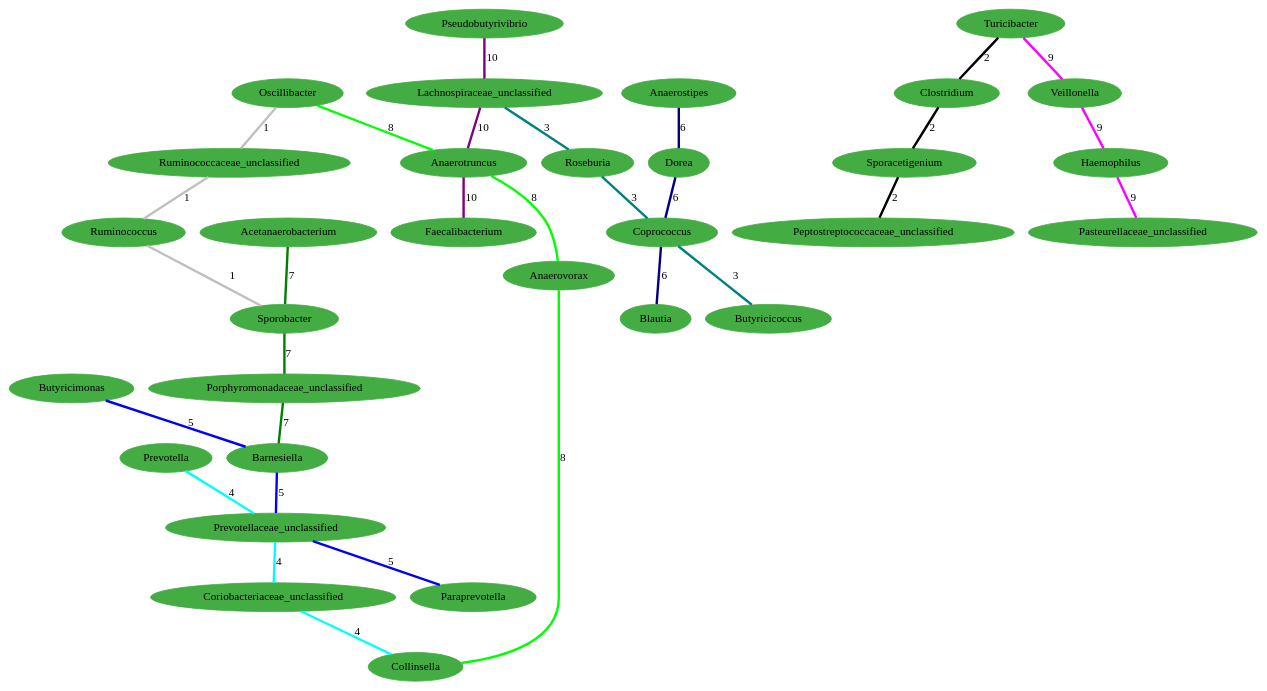
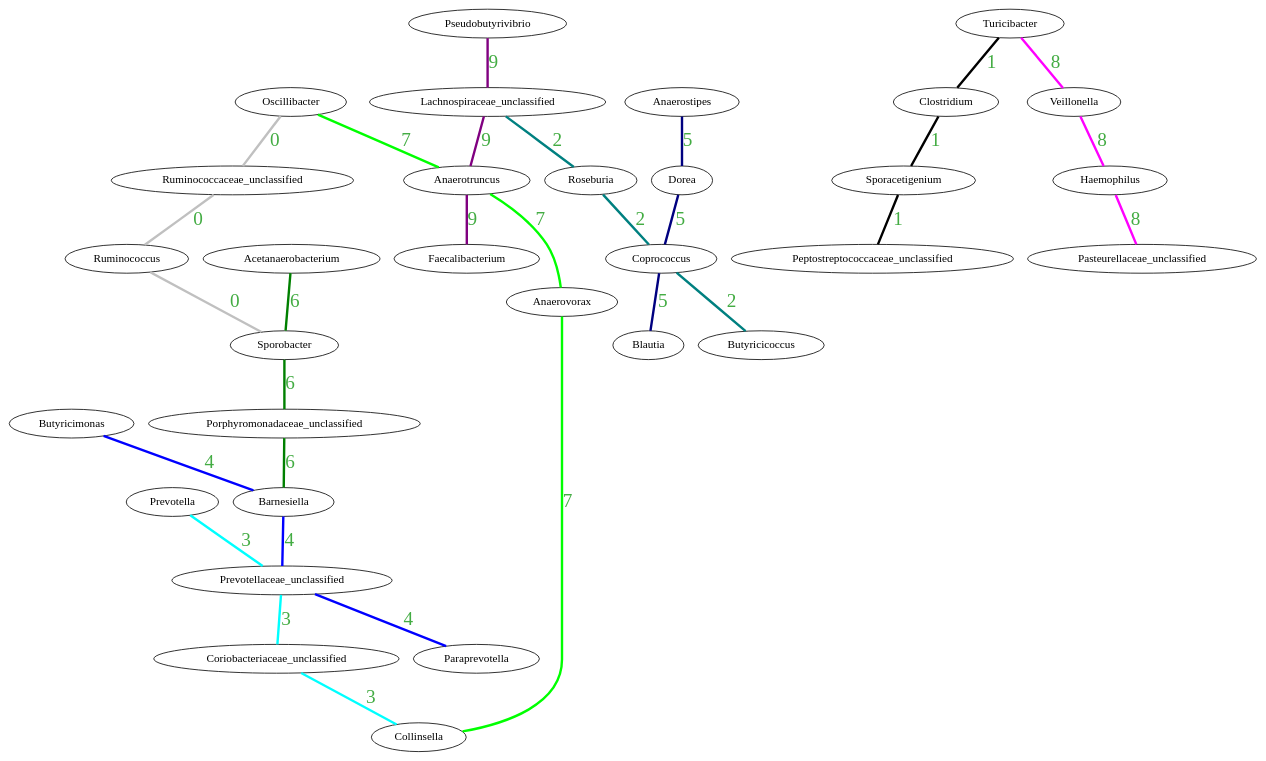
One commit to AndersHqst/thesis changed the diagram in experiments/2a/summary.dot. Above: the diagram before and after it, drawn with Graphviz. The commit also changed 9 other files, not shown here.

```diff
--- a/experiments/2a/summary.dot
+++ b/experiments/2a/summary.dot
@@ -1,72 +1,82 @@
 graph G { 
 
-//Pattern: 0
-Oscillibacter [color="#43AC43", style=filled]
-Ruminococcaceae_unclassified [color="#43AC43", style=filled]
-Ruminococcus [color="#43AC43", style=filled]
-Sporobacter [color="#43AC43", style=filled]
-edge [color="#c0c0c0", penwidth=3, label="1"]
-Oscillibacter -- Ruminococcaceae_unclassified -- Ruminococcus -- Sporobacter
-//Pattern: 1
-Turicibacter [color="#43AC43", style=filled]
-Clostridium [color="#43AC43", style=filled]
-Sporacetigenium [color="#43AC43", style=filled]
-Peptostreptococcaceae_unclassified [color="#43AC43", style=filled]
-edge [color="#000000", penwidth=3, label="2"]
-Turicibacter -- Clostridium -- Sporacetigenium -- Peptostreptococcaceae_unclassified
-//Pattern: 2
-Lachnospiraceae_unclassified [color="#43AC43", style=filled]
-Roseburia [color="#43AC43", style=filled]
-Coprococcus [color="#43AC43", style=filled]
-Butyricicoccus [color="#43AC43", style=filled]
-edge [color="#008080", penwidth=3, label="3"]
-Lachnospiraceae_unclassified -- Roseburia -- Coprococcus -- Butyricicoccus
-//Pattern: 3
-Prevotella [color="#43AC43", style=filled]
-Prevotellaceae_unclassified [color="#43AC43", style=filled]
-Coriobacteriaceae_unclassified [color="#43AC43", style=filled]
-Collinsella [color="#43AC43", style=filled]
-edge [color="#00ffff", penwidth=3, label="4"]
-Prevotella -- Prevotellaceae_unclassified -- Coriobacteriaceae_unclassified -- Collinsella
-//Pattern: 4
-Butyricimonas [color="#43AC43", style=filled]
-Barnesiella [color="#43AC43", style=filled]
-Prevotellaceae_unclassified [color="#43AC43", style=filled]
-Paraprevotella [color="#43AC43", style=filled]
-edge [color="#0000ff", penwidth=3, label="5"]
-Butyricimonas -- Barnesiella -- Prevotellaceae_unclassified -- Paraprevotella
-//Pattern: 5
-Anaerostipes [color="#43AC43", style=filled]
-Dorea [color="#43AC43", style=filled]
-Coprococcus [color="#43AC43", style=filled]
-Blautia [color="#43AC43", style=filled]
-edge [color="#000080", penwidth=3, label="6"]
-Anaerostipes -- Dorea -- Coprococcus -- Blautia
-//Pattern: 6
-Acetanaerobacterium [color="#43AC43", style=filled]
-Sporobacter [color="#43AC43", style=filled]
-Porphyromonadaceae_unclassified [color="#43AC43", style=filled]
-Barnesiella [color="#43AC43", style=filled]
-edge [color="#008000", penwidth=3, label="7"]
-Acetanaerobacterium -- Sporobacter -- Porphyromonadaceae_unclassified -- Barnesiella
-//Pattern: 7
-Oscillibacter [color="#43AC43", style=filled]
-Anaerotruncus [color="#43AC43", style=filled]
-Anaerovorax [color="#43AC43", style=filled]
-Collinsella [color="#43AC43", style=filled]
-edge [color="#00ff00", penwidth=3, label="8"]
-Oscillibacter -- Anaerotruncus -- Anaerovorax -- Collinsella
-//Pattern: 8
-Turicibacter [color="#43AC43", style=filled]
-Veillonella [color="#43AC43", style=filled]
-Haemophilus [color="#43AC43", style=filled]
-Pasteurellaceae_unclassified [color="#43AC43", style=filled]
-edge [color="#ff00ff", penwidth=3, label="9"]
-Turicibacter -- Veillonella -- Haemophilus -- Pasteurellaceae_unclassified
-//Pattern: 9
-Pseudobutyrivibrio [color="#43AC43", style=filled]
-Lachnospiraceae_unclassified [color="#43AC43", style=filled]
-Anaerotruncus [color="#43AC43", style=filled]
-Faecalibacterium [color="#43AC43", style=filled]
-edge [color="#800080", penwidth=3, label="10"]
-Pseudobutyrivibrio -- Lachnospiraceae_unclassified -- Anaerotruncus -- Faecalibacterium}
+
+	//Pattern: 0
+	Oscillibacter
+	Ruminococcaceae_unclassified
+	Ruminococcus
+	Sporobacter
+	edge [color="#c0c0c0", penwidth=3, label="0", fontcolor="#43AC43", fontname="Helvetica bold", fontsize=24]
+	Oscillibacter -- Ruminococcaceae_unclassified -- Ruminococcus -- Sporobacter
+
+	//Pattern: 1
+	Turicibacter
+	Clostridium
+	Sporacetigenium
+	Peptostreptococcaceae_unclassified
+	edge [color="#000000", penwidth=3, label="1", fontcolor="#43AC43", fontname="Helvetica bold", fontsize=24]
+	Turicibacter -- Clostridium -- Sporacetigenium -- Peptostreptococcaceae_unclassified
+
+	//Pattern: 2
+	Lachnospiraceae_unclassified
+	Roseburia
+	Coprococcus
+	Butyricicoccus
+	edge [color="#008080", penwidth=3, label="2", fontcolor="#43AC43", fontname="Helvetica bold", fontsize=24]
+	Lachnospiraceae_unclassified -- Roseburia -- Coprococcus -- Butyricicoccus
+
+	//Pattern: 3
+	Prevotella
+	Prevotellaceae_unclassified
+	Coriobacteriaceae_unclassified
+	Collinsella
+	edge [color="#00ffff", penwidth=3, label="3", fontcolor="#43AC43", fontname="Helvetica bold", fontsize=24]
+	Prevotella -- Prevotellaceae_unclassified -- Coriobacteriaceae_unclassified -- Collinsella
+
+	//Pattern: 4
+	Butyricimonas
+	Barnesiella
+	Prevotellaceae_unclassified
+	Paraprevotella
+	edge [color="#0000ff", penwidth=3, label="4", fontcolor="#43AC43", fontname="Helvetica bold", fontsize=24]
+	Butyricimonas -- Barnesiella -- Prevotellaceae_unclassified -- Paraprevotella
+
+	//Pattern: 5
+	Anaerostipes
+	Dorea
+	Coprococcus
+	Blautia
+	edge [color="#000080", penwidth=3, label="5", fontcolor="#43AC43", fontname="Helvetica bold", fontsize=24]
+	Anaerostipes -- Dorea -- Coprococcus -- Blautia
+
+	//Pattern: 6
+	Acetanaerobacterium
+	Sporobacter
+	Porphyromonadaceae_unclassified
+	Barnesiella
+	edge [color="#008000", penwidth=3, label="6", fontcolor="#43AC43", fontname="Helvetica bold", fontsize=24]
+	Acetanaerobacterium -- Sporobacter -- Porphyromonadaceae_unclassified -- Barnesiella
+
+	//Pattern: 7
+	Oscillibacter
+	Anaerotruncus
+	Anaerovorax
+	Collinsella
+	edge [color="#00ff00", penwidth=3, label="7", fontcolor="#43AC43", fontname="Helvetica bold", fontsize=24]
+	Oscillibacter -- Anaerotruncus -- Anaerovorax -- Collinsella
+
+	//Pattern: 8
+	Turicibacter
+	Veillonella
+	Haemophilus
+	Pasteurellaceae_unclassified
+	edge [color="#ff00ff", penwidth=3, label="8", fontcolor="#43AC43", fontname="Helvetica bold", fontsize=24]
+	Turicibacter -- Veillonella -- Haemophilus -- Pasteurellaceae_unclassified
+
+	//Pattern: 9
+	Pseudobutyrivibrio
+	Lachnospiraceae_unclassified
+	Anaerotruncus
+	Faecalibacterium
+	edge [color="#800080", penwidth=3, label="9", fontcolor="#43AC43", fontname="Helvetica bold", fontsize=24]
+	Pseudobutyrivibrio -- Lachnospiraceae_unclassified -- Anaerotruncus -- Faecalibacterium}
```
